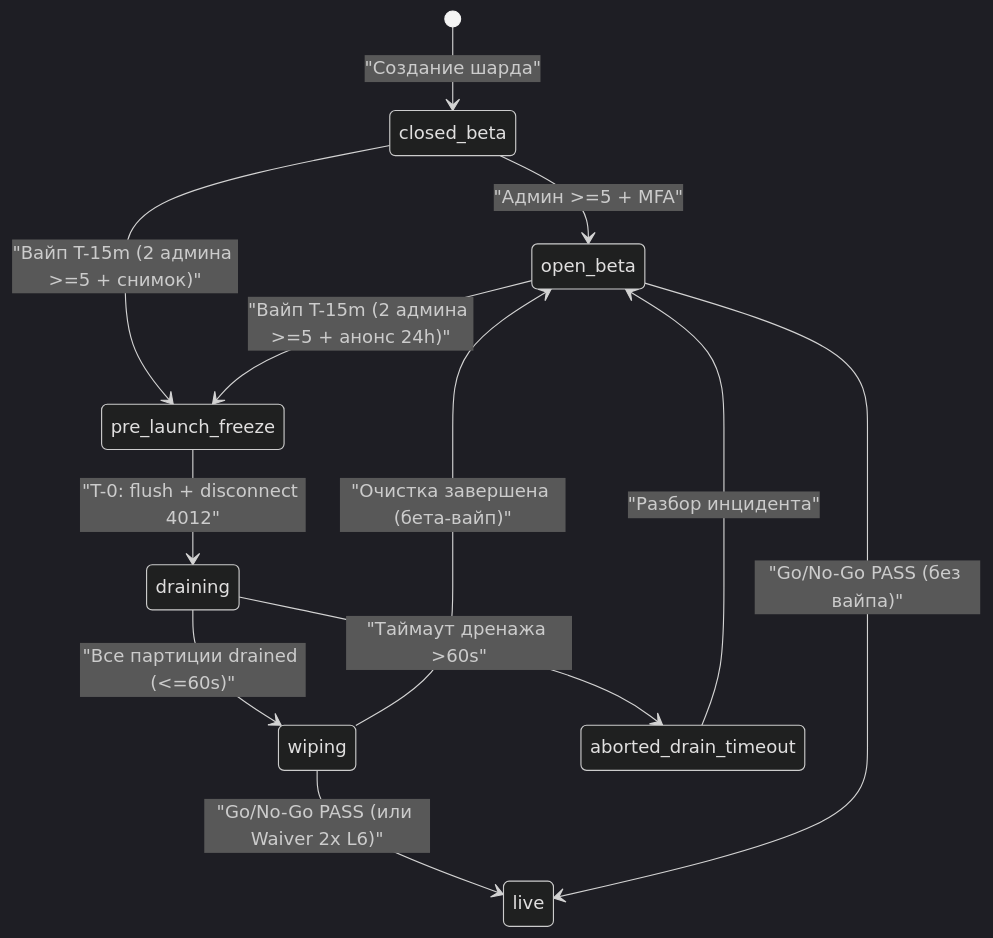
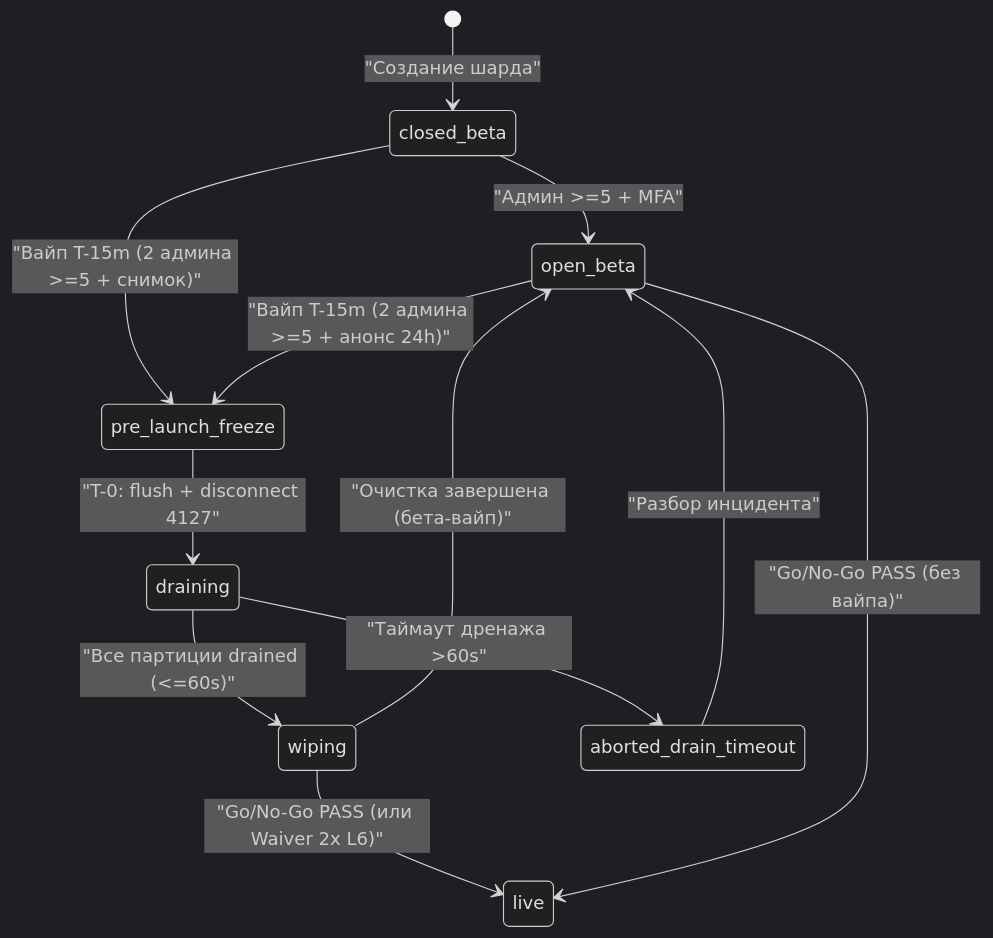
One commit to SergioAndreev/uo3 changed the first of 3 diagrams in openspec/changes/p36-beta-and-launch/design.md. Above: the diagram before and after it, drawn with Mermaid (dark theme). The commit also changed other lines of this file and 188 other files, not shown here.

````diff
--- a/openspec/changes/p36-beta-and-launch/design.md
+++ b/openspec/changes/p36-beta-and-launch/design.md
@@ -279,14 +279,14 @@
 ```mermaid
 stateDiagram-v2
     [*] --> closed_beta: "Создание шарда"
     closed_beta --> open_beta: "Админ >=5 + MFA"
     closed_beta --> pre_launch_freeze: "Вайп T-15m (2 админа >=5 + снимок)"
     open_beta --> pre_launch_freeze: "Вайп T-15m (2 админа >=5 + анонс 24h)"
-    pre_launch_freeze --> draining: "T-0: flush + disconnect 4012"
+    pre_launch_freeze --> draining: "T-0: flush + disconnect 4127"
     draining --> wiping: "Все партиции drained (<=60s)"
     draining --> aborted_drain_timeout: "Таймаут дренажа >60s"
     aborted_drain_timeout --> open_beta: "Разбор инцидента"
     wiping --> open_beta: "Очистка завершена (бета-вайп)"
     wiping --> live: "Go/No-Go PASS (или Waiver 2x L6)"
     open_beta --> live: "Go/No-Go PASS (без вайпа)"
 ```
````
